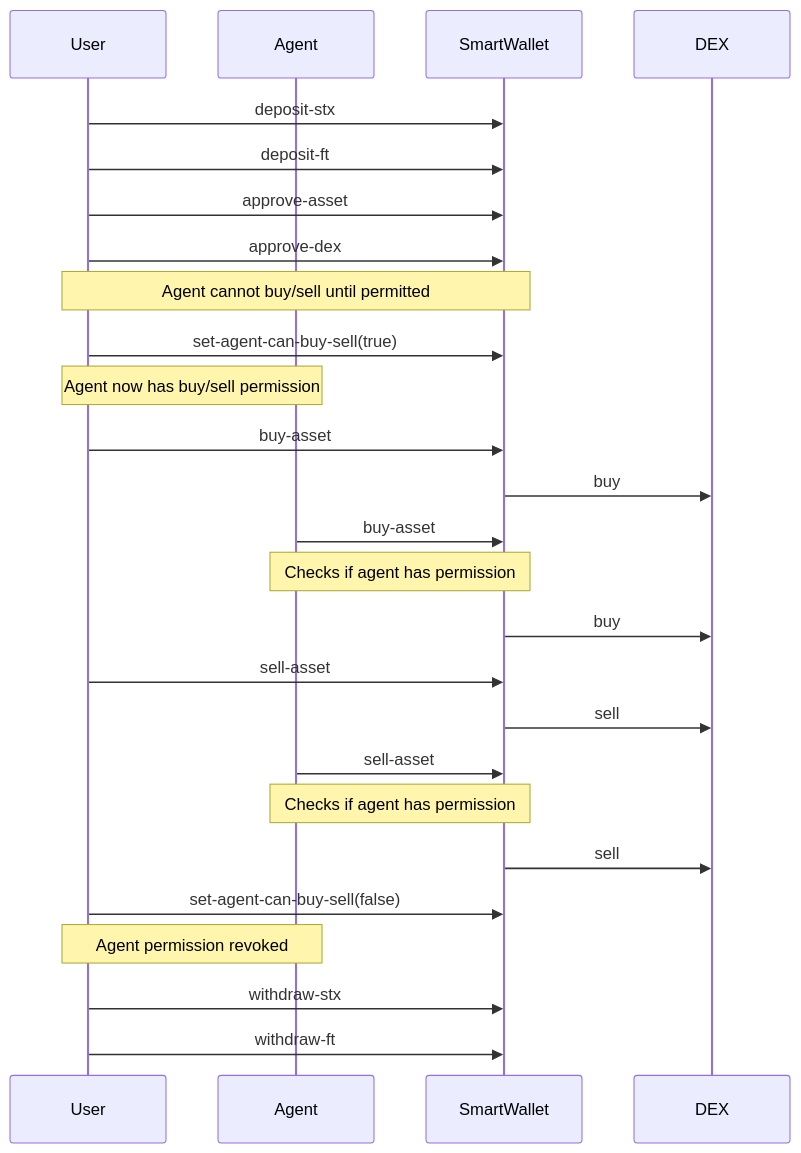
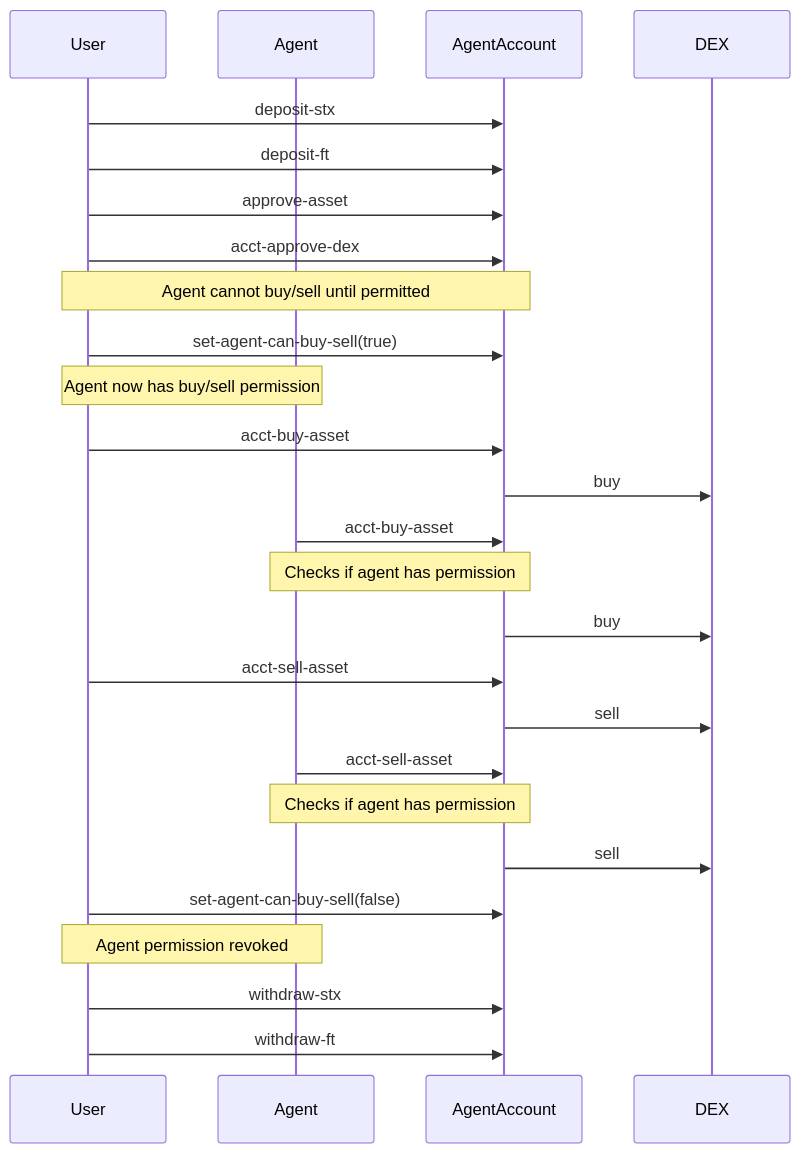
One commit to aibtcdev/aibtcdev-docs changed the second of 2 diagrams in aibtc-contracts/agent-account/README.md. Above: the diagram before and after it, drawn with Mermaid. The commit also changed other lines of this file and 1 other file, not shown here.

Commit message:
refactor: Rename smart-wallet to agent-account in docs and examples

````diff
--- a/aibtc-contracts/agent-account/README.md
+++ b/aibtc-contracts/agent-account/README.md
@@ -189,37 +190,37 @@
 ```mermaid
 sequenceDiagram
     participant User
     participant Agent
-    participant SmartWallet
+    participant AgentAccount
     participant DEX
     
-    User->>SmartWallet: deposit-stx
-    User->>SmartWallet: deposit-ft
-    User->>SmartWallet: approve-asset
-    User->>SmartWallet: approve-dex
+    User->>AgentAccount: deposit-stx
+    User->>AgentAccount: deposit-ft
+    User->>AgentAccount: approve-asset
+    User->>AgentAccount: acct-approve-dex
     
-    Note over User,SmartWallet: Agent cannot buy/sell until permitted
+    Note over User,AgentAccount: Agent cannot buy/sell until permitted
     
-    User->>SmartWallet: set-agent-can-buy-sell(true)
+    User->>AgentAccount: set-agent-can-buy-sell(true)
     Note over User,Agent: Agent now has buy/sell permission
     
-    User->>SmartWallet: buy-asset
-    SmartWallet->>DEX: buy
+    User->>AgentAccount: acct-buy-asset
+    AgentAccount->>DEX: buy
     
-    Agent->>SmartWallet: buy-asset
-    Note over Agent,SmartWallet: Checks if agent has permission
-    SmartWallet->>DEX: buy
+    Agent->>AgentAccount: acct-buy-asset
+    Note over Agent,AgentAccount: Checks if agent has permission
+    AgentAccount->>DEX: buy
     
-    User->>SmartWallet: sell-asset
-    SmartWallet->>DEX: sell
+    User->>AgentAccount: acct-sell-asset
+    AgentAccount->>DEX: sell
     
-    Agent->>SmartWallet: sell-asset
-    Note over Agent,SmartWallet: Checks if agent has permission
-    SmartWallet->>DEX: sell
+    Agent->>AgentAccount: acct-sell-asset
+    Note over Agent,AgentAccount: Checks if agent has permission
+    AgentAccount->>DEX: sell
     
-    User->>SmartWallet: set-agent-can-buy-sell(false)
+    User->>AgentAccount: set-agent-can-buy-sell(false)
     Note over User,Agent: Agent permission revoked
     
-    User->>SmartWallet: withdraw-stx
-    User->>SmartWallet: withdraw-ft
+    User->>AgentAccount: withdraw-stx
+    User->>AgentAccount: withdraw-ft
 ```
````
